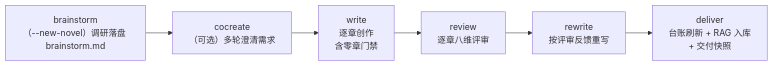
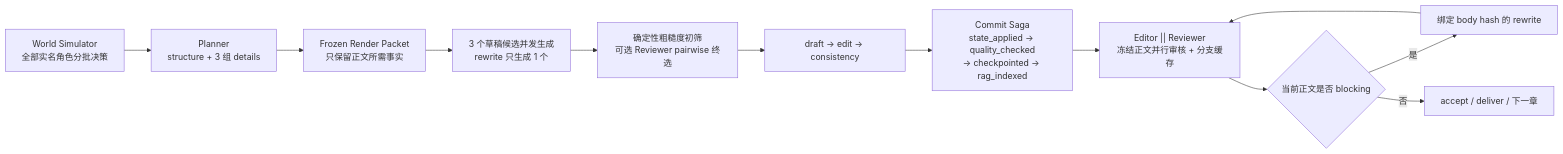
Before and after one commit to Xiaoyangy/novel-studio: the second of 2 diagrams in README.md, drawn with Mermaid. The commit also changed other lines of this file, not shown here.

Commit message:
docs: refresh architecture readme

````diff
--- a/README.md
+++ b/README.md
@@ -320,8 +185,14 @@
-```mermaid
+~~~mermaid
 flowchart LR
-    BS["brainstorm<br/>（--new-novel）调研落盘 brainstorm.md"] --> CC["cocreate<br/>（可选）多轮澄清需求"]
-    CC --> W["write<br/>逐章创作<br/>含零章门禁"]
-    W --> R["review<br/>逐章八维评审"]
-    R --> RW["rewrite<br/>按评审反馈重写"]
-    RW --> D["deliver<br/>台账刷新 + RAG 入库<br/>+ 交付快照"]
-```
+    S["World Simulator<br/>全部实名角色分批决策"] --> P["Planner<br/>structure + 3 组 details"]
+    P --> RP["Frozen Render Packet<br/>只保留正文所需事实"]
+    RP --> C["3 个草稿候选并发生成<br/>rewrite 只生成 1 个"]
+    C --> PICK["确定性粗糙度初筛<br/>可选 Reviewer pairwise 终选"]
+    PICK --> CHECK["draft -> edit -> consistency"]
+    CHECK --> COMMIT["Commit Saga<br/>state_applied -> quality_checked<br/>-> checkpointed -> rag_indexed"]
+    COMMIT --> REVIEW["Editor || Reviewer<br/>冻结正文并行审核 + 分支缓存"]
+    REVIEW --> G{"当前正文是否 blocking"}
+    G -->|是| RW["绑定 body hash 的 rewrite"]
+    RW --> REVIEW
+    G -->|否| NEXT["accept / deliver / 下一章"]
+~~~
````
